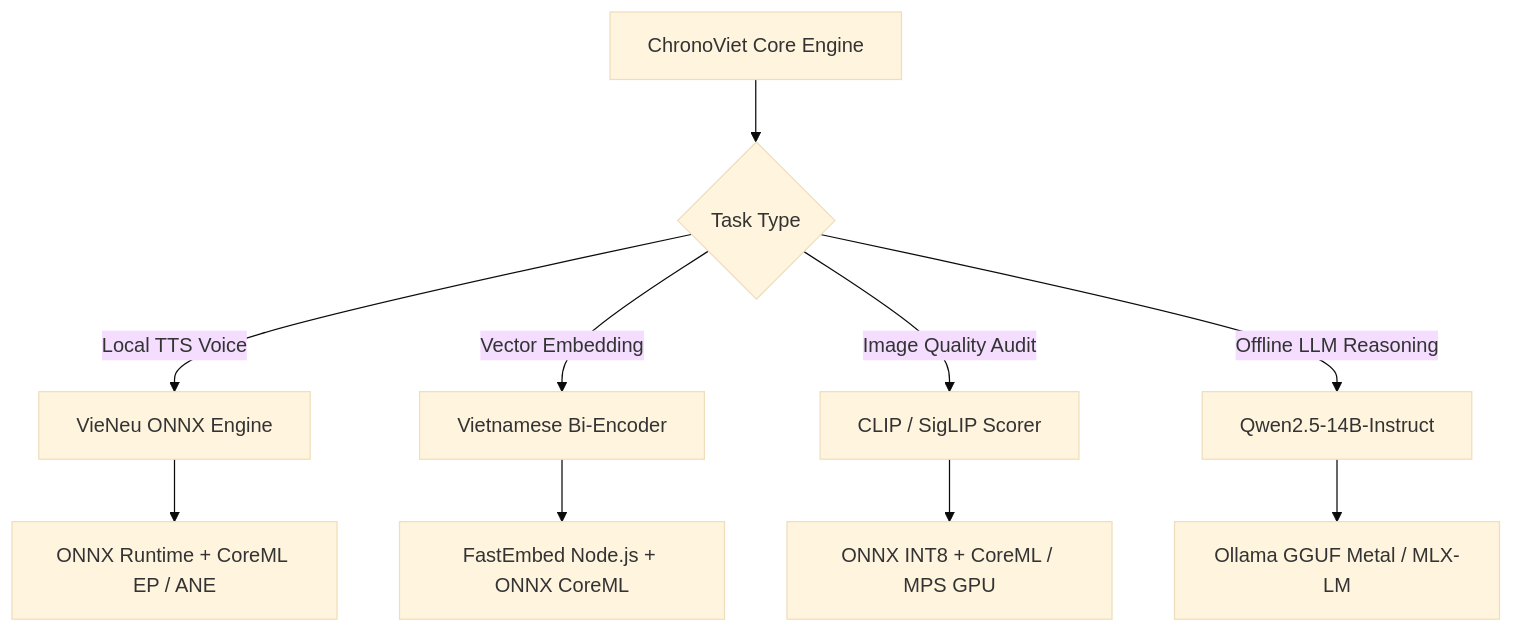
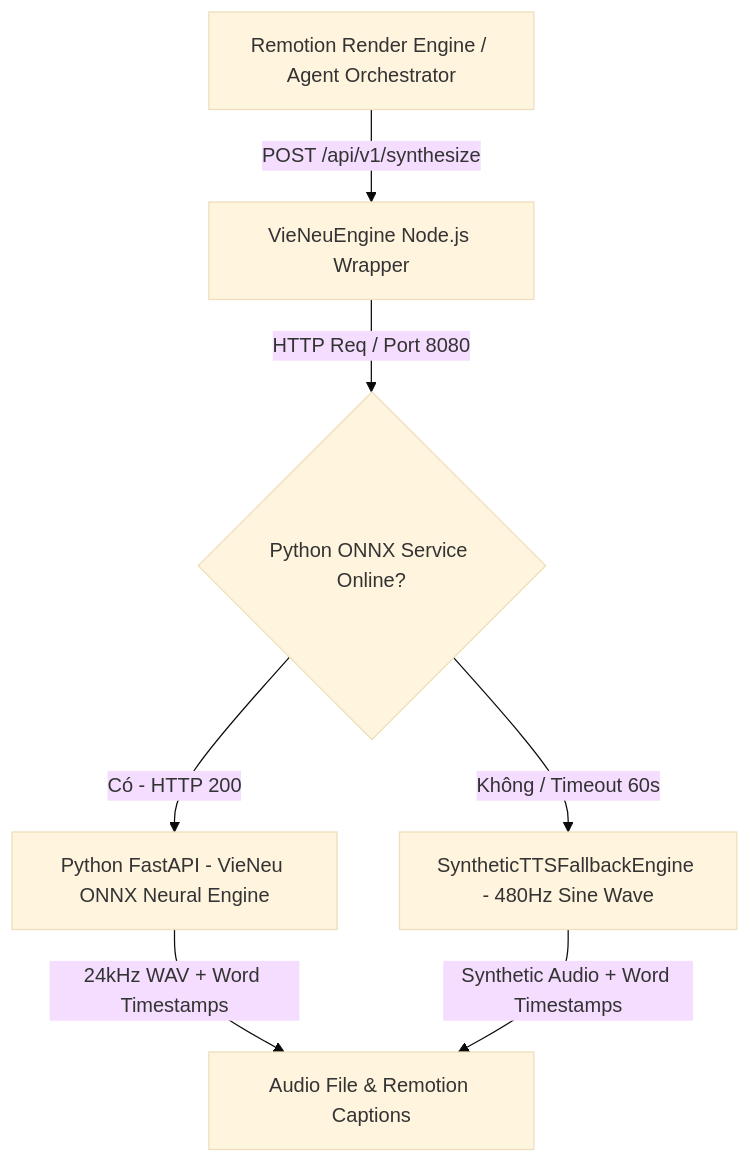
Before and after one commit to TCTri205/ChronoViet: the first of 3 diagrams in docs/MACOS_LOCAL_MODEL_OPTIMIZATION.md, drawn with Mermaid (base theme). The commit also changed other lines of this file and 31 other files, not shown here.

First line of the commit message:
feat(rag-engine,shared-spec): enhance local inference, RAG engine, and evaluation pipeline

````diff
--- a/docs/MACOS_LOCAL_MODEL_OPTIMIZATION.md
+++ b/docs/MACOS_LOCAL_MODEL_OPTIMIZATION.md
@@ -185,16 +247,9 @@
 ```mermaid
-graph TD
-    A[ChronoViet Core Engine] --> B{Task Type}
-    
-    B -->|Local TTS Voice| C[VieNeu ONNX Engine]
-    C --> C1[ONNX Runtime + CoreML EP / ANE]
-    
-    B -->|Vector Embedding| D[Vietnamese Bi-Encoder]
-    D --> D1[FastEmbed Node.js + ONNX CoreML]
-    
-    B -->|Image Quality Audit| E[CLIP / SigLIP Scorer]
-    E --> E1[ONNX INT8 + CoreML / MPS GPU]
-    
-    B -->|Offline LLM Reasoning| F[Qwen2.5-14B-Instruct]
-    F --> F1[Ollama GGUF Metal / MLX-LM]
+flowchart TD
+    App[Remotion Render Engine / Agent Orchestrator] -->|POST /api/v1/synthesize| Wrapper[VieNeuEngine Node.js Wrapper]
+    Wrapper -->|HTTP Req / Port 8080| Check{Python ONNX Service Online?}
+    Check -->|Có - HTTP 200| Neural[Python FastAPI - VieNeu ONNX Neural Engine]
+    Check -->|Không / Timeout 60s| Fallback[SyntheticTTSFallbackEngine - 480Hz Sine Wave]
+    Neural -->|24kHz WAV + Word Timestamps| Output[Audio File & Remotion Captions]
+    Fallback -->|Synthetic Audio + Word Timestamps| Output
 ```
````
